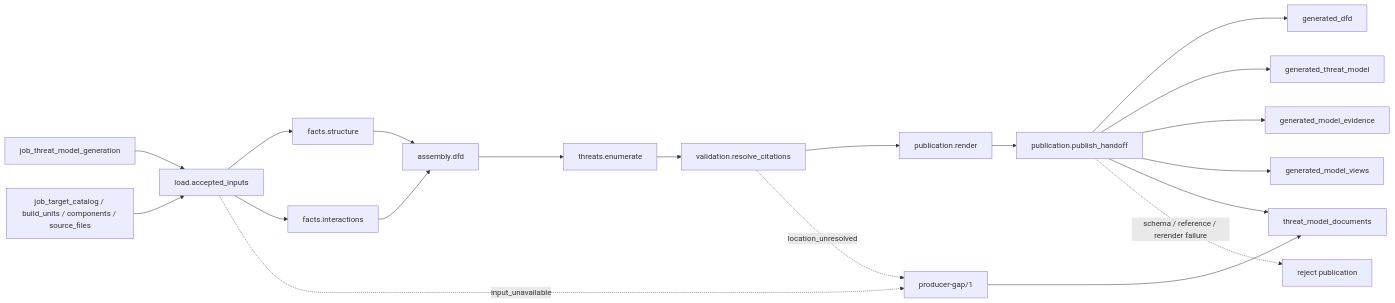
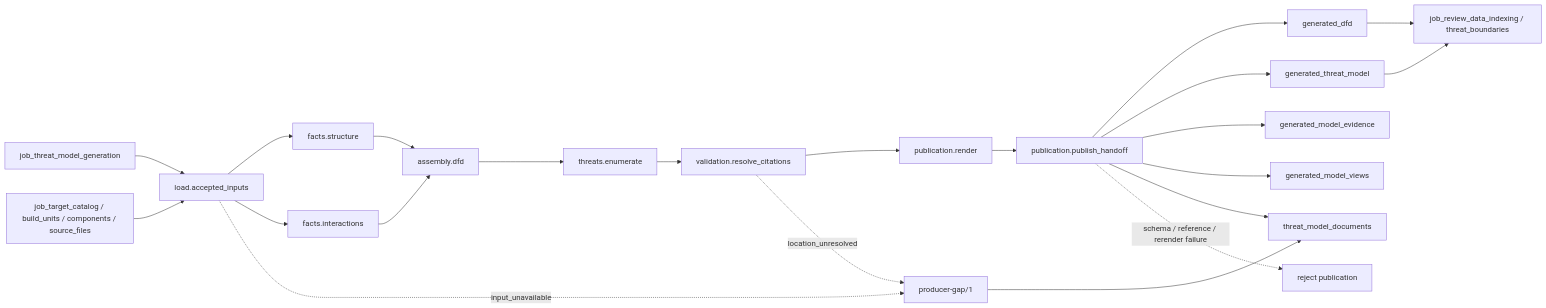
The second of 2 diagrams in docs/operations/job_threat_model_generation.md (wsollers/appsec-review), drawn with Mermaid before and after one commit. The commit also changed other lines of this file and 27 other files, not shown here.

````diff
--- a/docs/operations/job_threat_model_generation.md
+++ b/docs/operations/job_threat_model_generation.md
@@ -265,22 +270,24 @@
 ```mermaid
 flowchart LR
   job["job_threat_model_generation"] --> load["load.accepted_inputs"]
   catalog["job_target_catalog / build_units / components / source_files"] --> load
   load --> structure["facts.structure"]
   load --> interactions["facts.interactions"]
   structure --> assembly["assembly.dfd"]
   interactions --> assembly
   assembly --> threats["threats.enumerate"]
   threats --> resolve["validation.resolve_citations"]
   resolve --> render["publication.render"]
   render --> publish["publication.publish_handoff"]
   publish --> dfd["generated_dfd"]
   publish --> tm["generated_threat_model"]
   publish --> evidence["generated_model_evidence"]
   publish --> views["generated_model_views"]
   publish --> result["threat_model_documents"]
+  dfd --> pre["job_review_data_indexing / threat_boundaries"]
+  tm --> pre
   load -. "input_unavailable" .-> gaps["producer-gap/1"]
   resolve -. "location_unresolved" .-> gaps
   gaps --> result
   publish -. "schema / reference / rerender failure" .-> reject["reject publication"]
 ```
````
